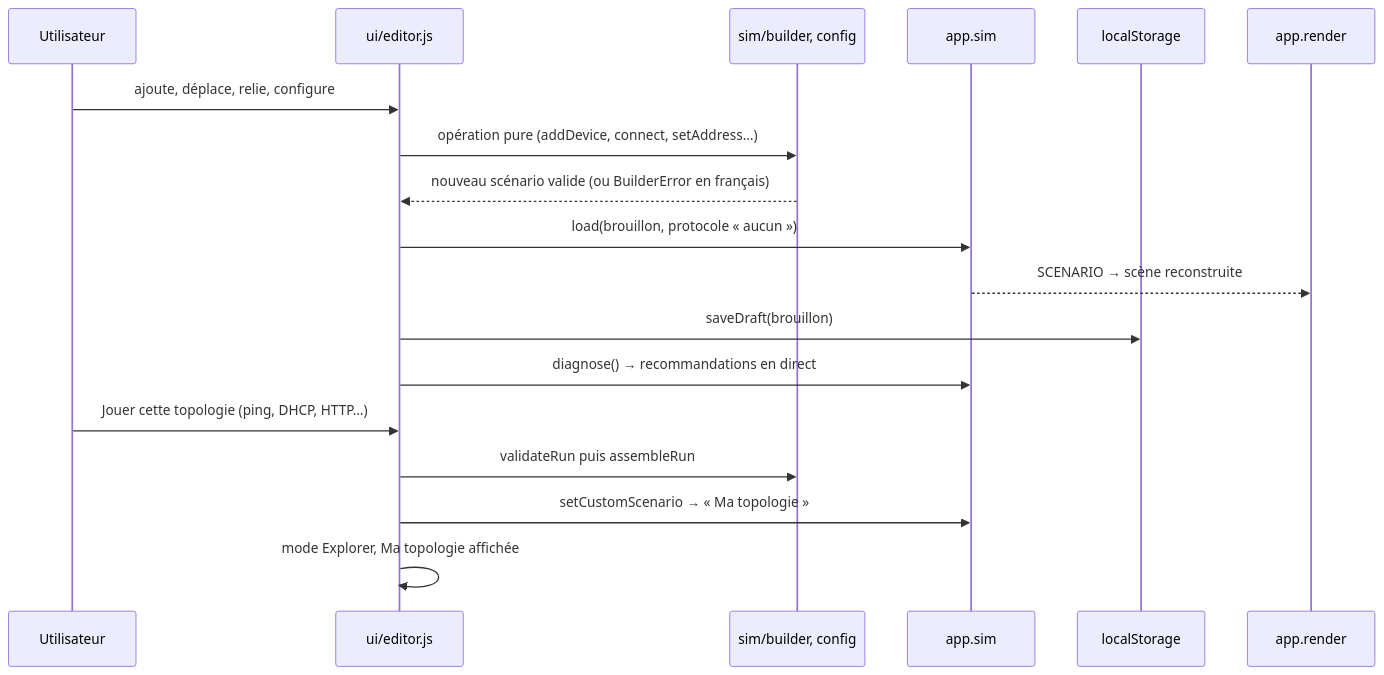
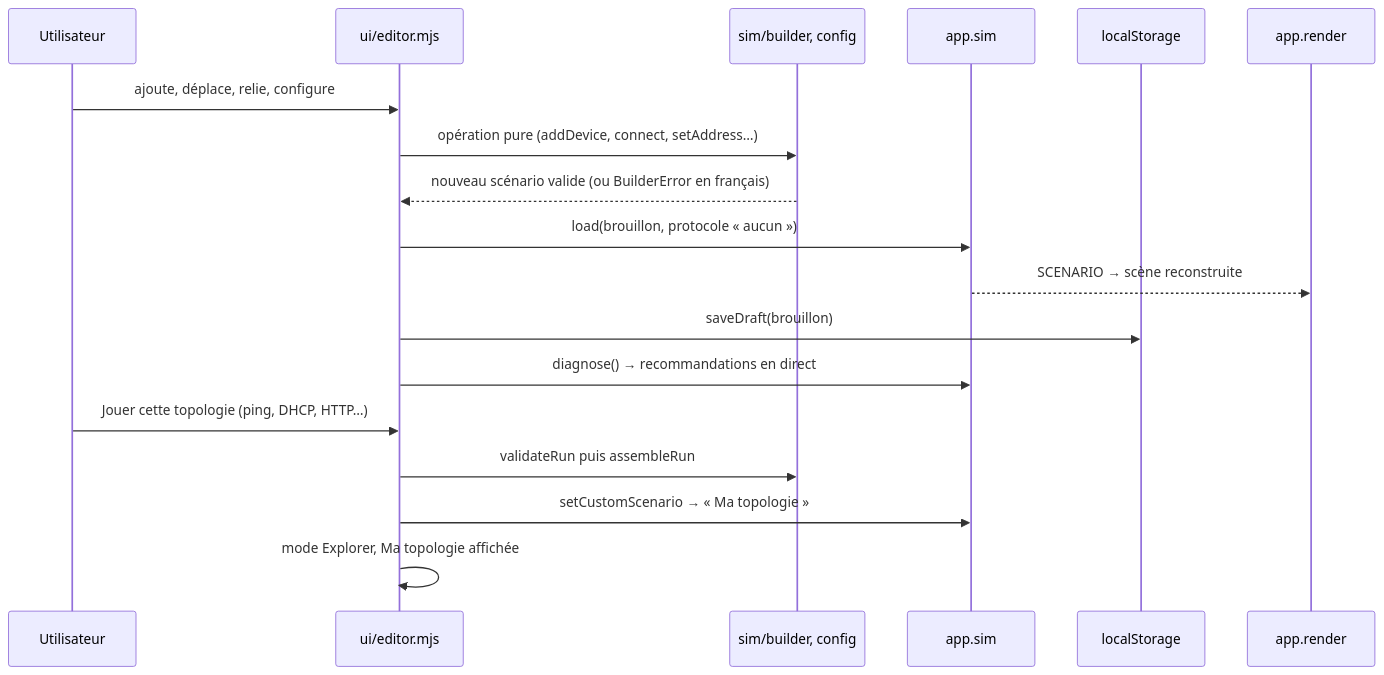
One commit to Bensabbehayoub/3D-network-topology changed the sixth of 6 diagrams in docs/architecture.md. Above: the diagram before and after it, drawn with Mermaid. The commit also changed other lines of this file and 133 other files, not shown here.

````diff
--- a/docs/architecture.md
+++ b/docs/architecture.md
@@ -200,20 +200,20 @@
 ```mermaid
 sequenceDiagram
     participant U as Utilisateur
-    participant E as ui/editor.js
+    participant E as ui/editor.mjs
     participant B as sim/builder, config
     participant S as app.sim
     participant L as localStorage
     participant R as app.render
     U->>E: ajoute, déplace, relie, configure
     E->>B: opération pure (addDevice, connect, setAddress…)
     B-->>E: nouveau scénario valide (ou BuilderError en français)
     E->>S: load(brouillon, protocole « aucun »)
     S-->>R: SCENARIO → scène reconstruite
     E->>L: saveDraft(brouillon)
     E->>S: diagnose() → recommandations en direct
     U->>E: Jouer cette topologie (ping, DHCP, HTTP…)
     E->>B: validateRun puis assembleRun
     E->>S: setCustomScenario → « Ma topologie »
     E->>E: mode Explorer, Ma topologie affichée
 ```
````
